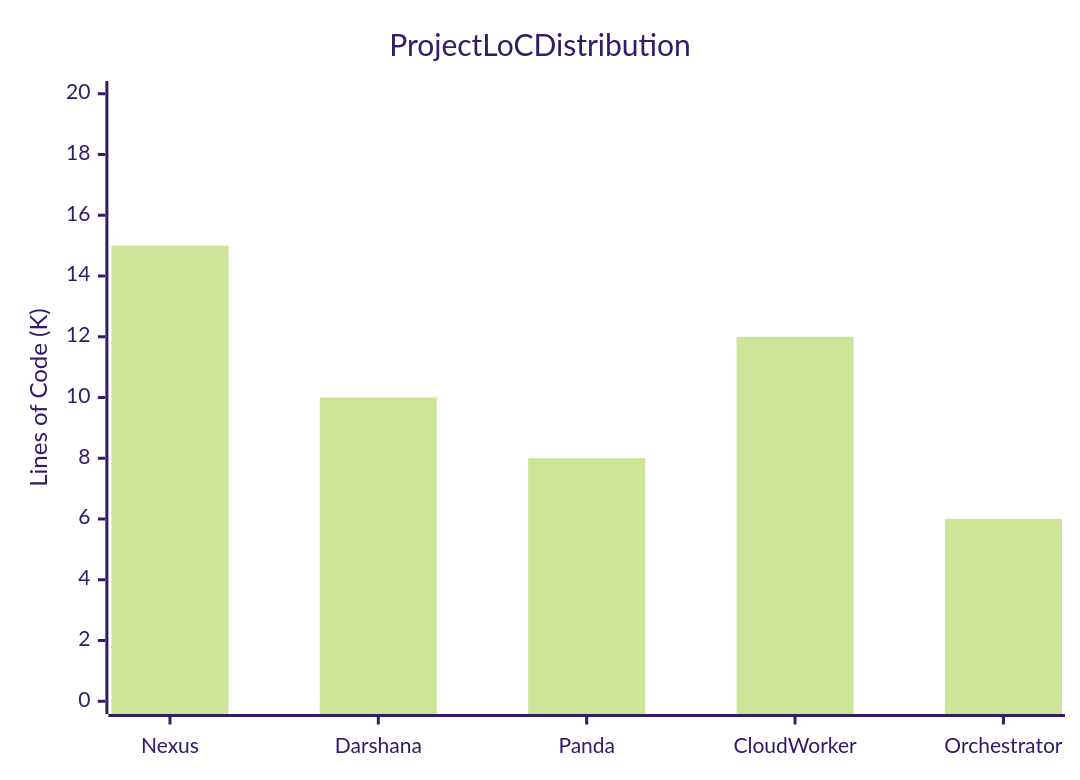
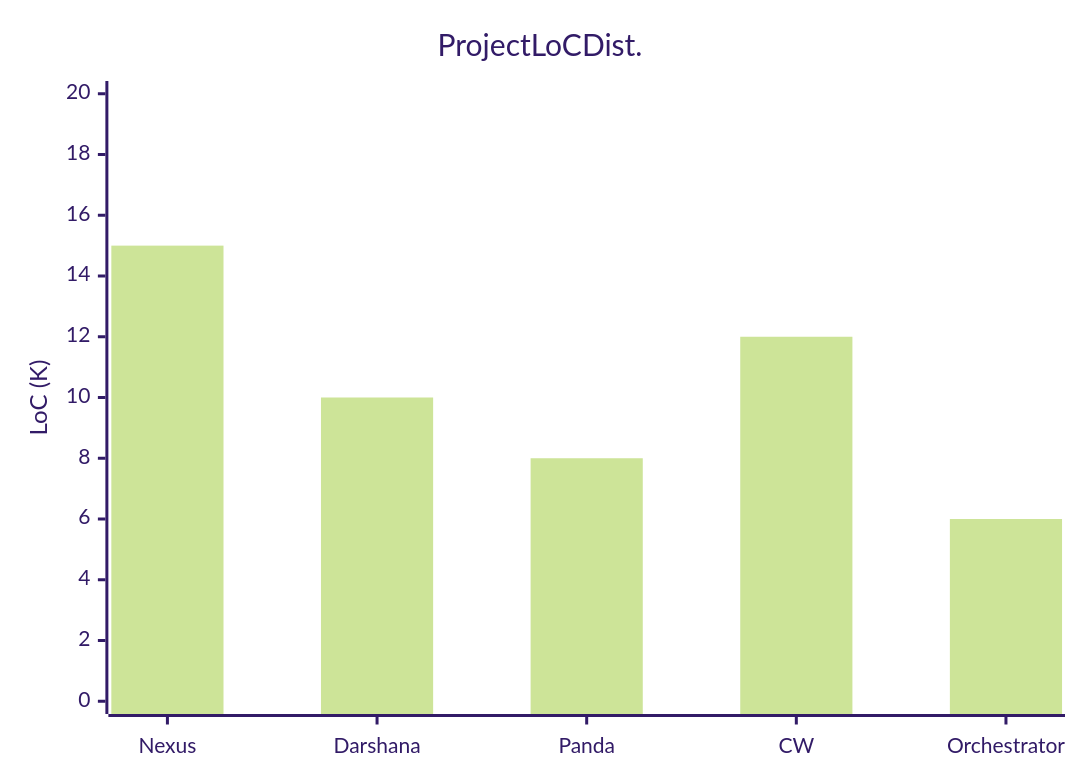
The fifth of 6 diagrams in README.md (ShauryaPratapSingh070408/ShauryaPratapSingh070408), drawn with Mermaid (forest theme) before and after one commit. The commit also changed other lines of this file, not shown here.

````diff
--- a/README.md
+++ b/README.md
@@ -835,7 +835,7 @@
   ```mermaid
   xychart-beta
-      title Project LoC Distribution
-      x-axis [Nexus, Darshana, Panda, CloudWorker, Orchestrator]
-      y-axis "Lines of Code (K)" 0 --> 20
+      title Project LoC Dist.
+      x-axis [Nexus, Darshana, Panda, CW, Orchestrator]
+      y-axis "LoC (K)" 0 --> 20
       bar [15, 10, 8, 12, 6]
   ```
````
